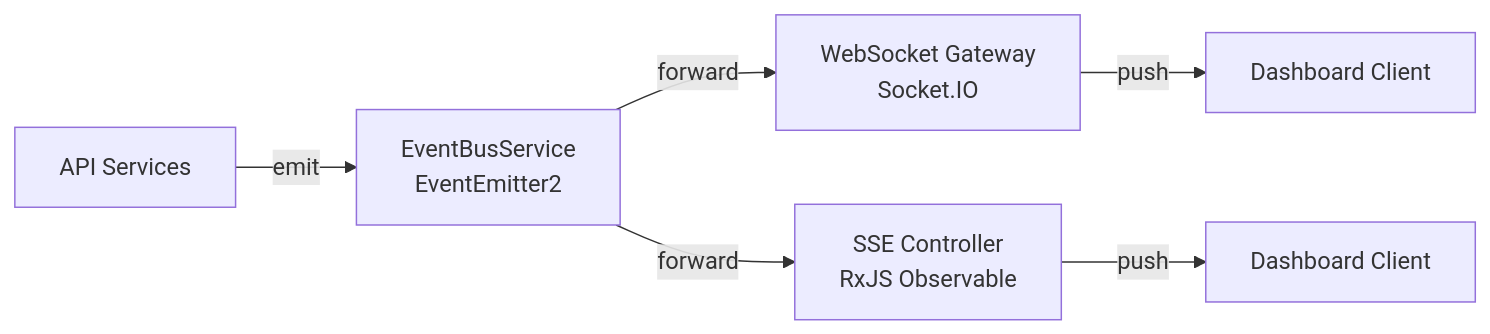
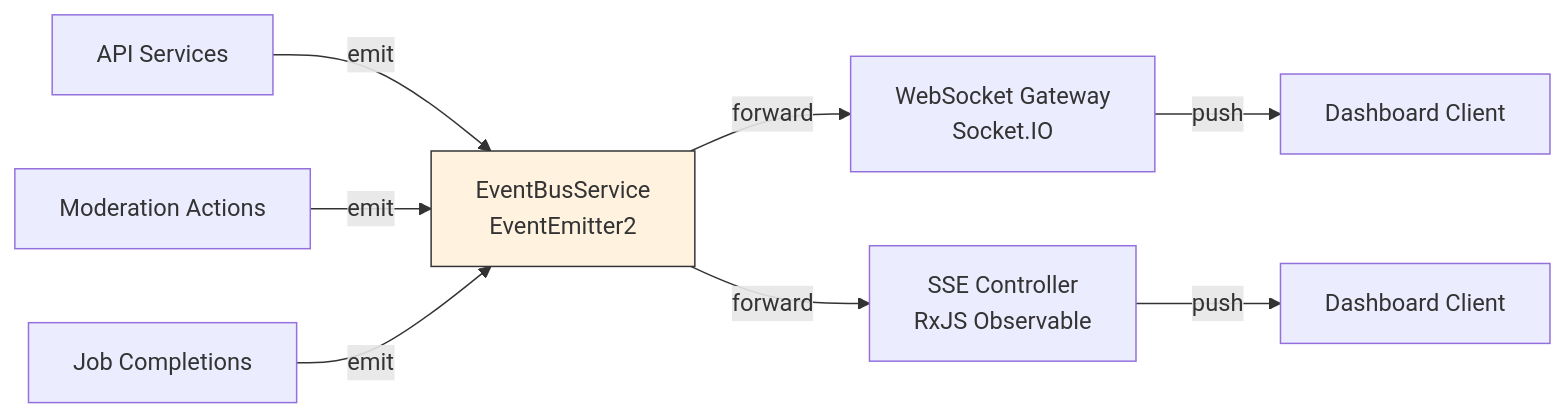
One commit to kolezka/flowbot changed the second of 7 diagrams in README.md. Above: the diagram before and after it, drawn with Mermaid. The commit also changed other lines of this file and 46 other files, not shown here.

First line of the commit message:
docs: rewrite README 2.0 with mermaid diagrams and fresh screenshots

````diff
--- a/README.md
+++ b/README.md
@@ -232,8 +159,17 @@
 ```mermaid
 graph LR
-    Services[API Services] -->|emit| EventBus[EventBusService<br/>EventEmitter2]
-    EventBus -->|forward| WS[WebSocket Gateway<br/>Socket.IO]
-    EventBus -->|forward| SSE[SSE Controller<br/>RxJS Observable]
-    WS -->|push| Client1[Dashboard Client]
-    SSE -->|push| Client2[Dashboard Client]
+    S1["API Services"] -->|emit| EB["EventBusService
+    EventEmitter2"]
+    S2["Moderation Actions"] -->|emit| EB
+    S3["Job Completions"] -->|emit| EB
+
+    EB -->|forward| WS["WebSocket Gateway
+    Socket.IO"]
+    EB -->|forward| SSE["SSE Controller
+    RxJS Observable"]
+
+    WS -->|push| C1["Dashboard Client"]
+    SSE -->|push| C2["Dashboard Client"]
+
+    style EB fill:#fff3e0,stroke:#333
 ```
````
